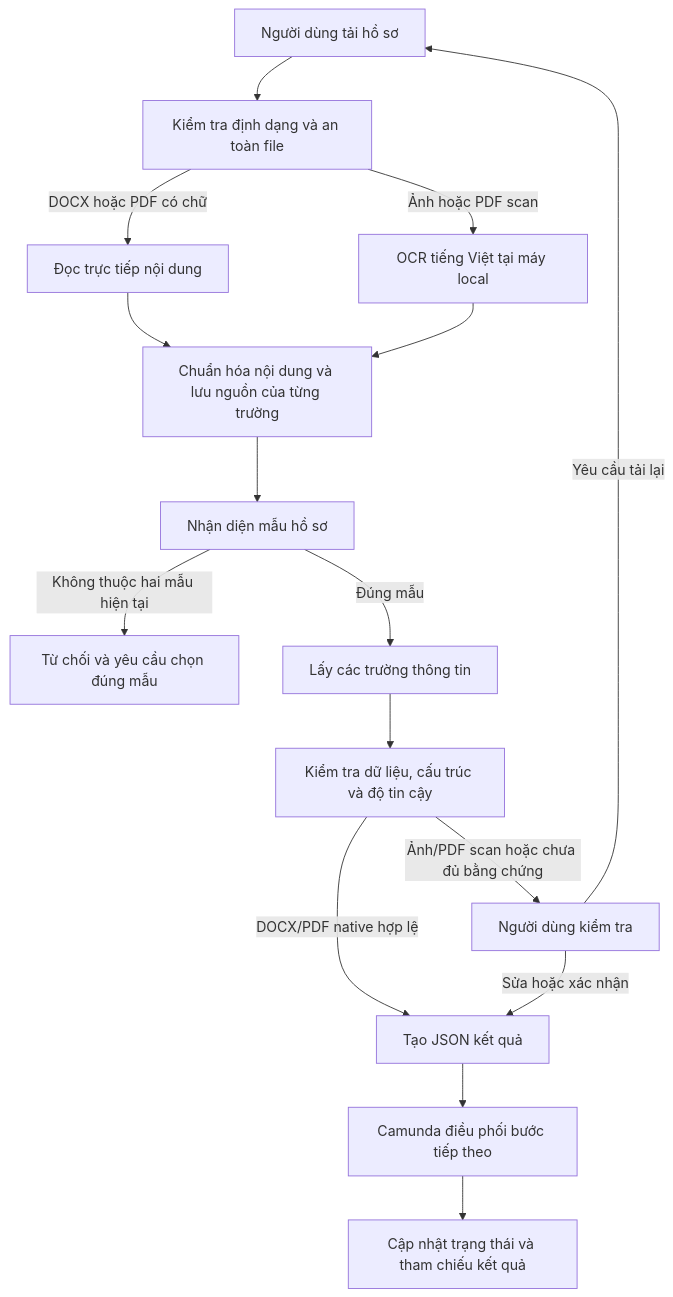
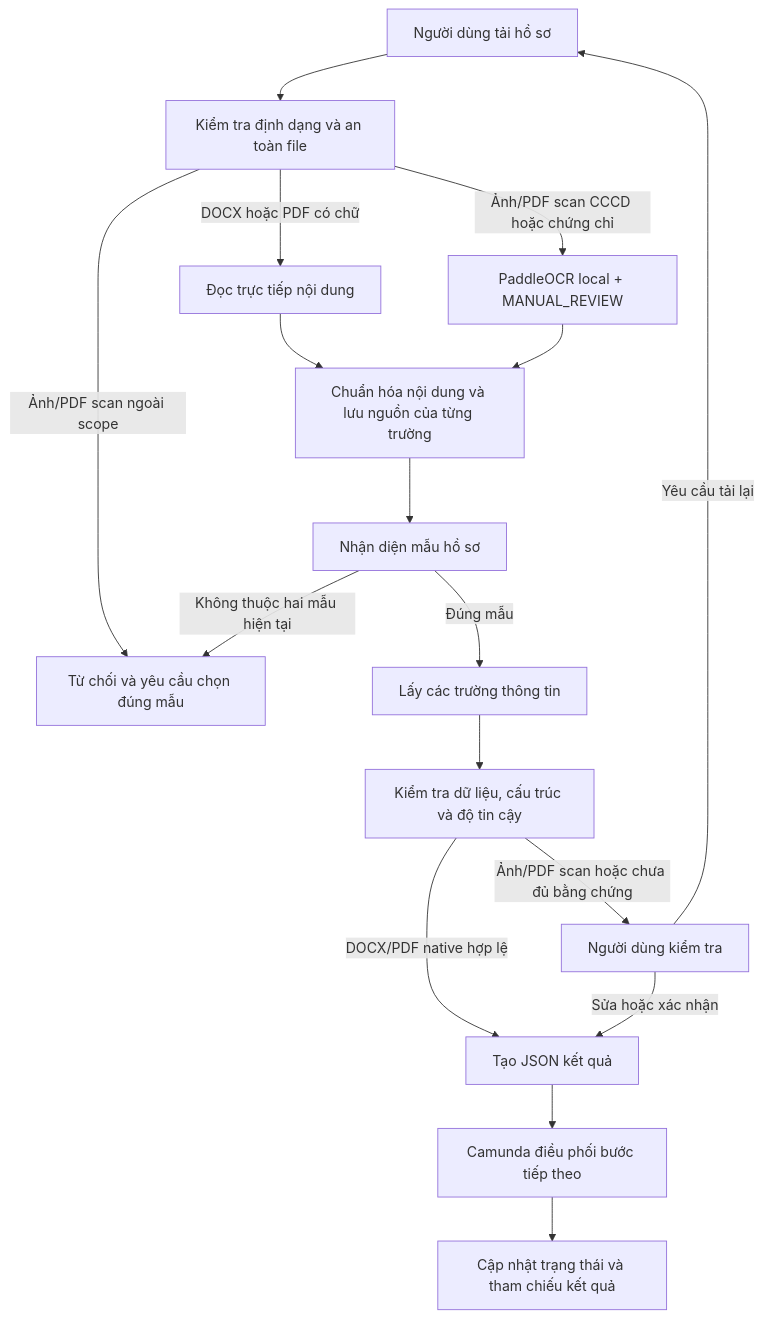
Before and after one commit to tandung060604-prog/hcns-automation-agent: the diagram in README.md, drawn with Mermaid. The commit also changed other lines of this file and 42 other files, not shown here.

Commit message:
feat: publish latest OCR scope and local evidence updates

````diff
--- a/README.md
+++ b/README.md
@@ -134,18 +134,19 @@
 ```mermaid
 flowchart TD
     A["Người dùng tải hồ sơ"] --> B["Kiểm tra định dạng và an toàn file"]
     B -->|"DOCX hoặc PDF có chữ"| C["Đọc trực tiếp nội dung"]
-    B -->|"Ảnh hoặc PDF scan"| D["OCR tiếng Việt tại máy local"]
+    B -->|"Ảnh/PDF scan CCCD hoặc chứng chỉ"| D["PaddleOCR local + MANUAL_REVIEW"]
+    B -->|"Ảnh/PDF scan ngoài scope"| X["Từ chối OCR theo policy"]
     C --> E["Chuẩn hóa nội dung và lưu nguồn của từng trường"]
     D --> E
     E --> F["Nhận diện mẫu hồ sơ"]
     F -->|"Không thuộc hai mẫu hiện tại"| X["Từ chối và yêu cầu chọn đúng mẫu"]
     F -->|"Đúng mẫu"| G["Lấy các trường thông tin"]
     G --> H["Kiểm tra dữ liệu, cấu trúc và độ tin cậy"]
     H -->|"DOCX/PDF native hợp lệ"| I["Tạo JSON kết quả"]
     H -->|"Ảnh/PDF scan hoặc chưa đủ bằng chứng"| J["Người dùng kiểm tra"]
     J -->|"Sửa hoặc xác nhận"| I
     J -->|"Yêu cầu tải lại"| A
     I --> K["Camunda điều phối bước tiếp theo"]
     K --> L["Cập nhật trạng thái và tham chiếu kết quả"]
 ```
````
